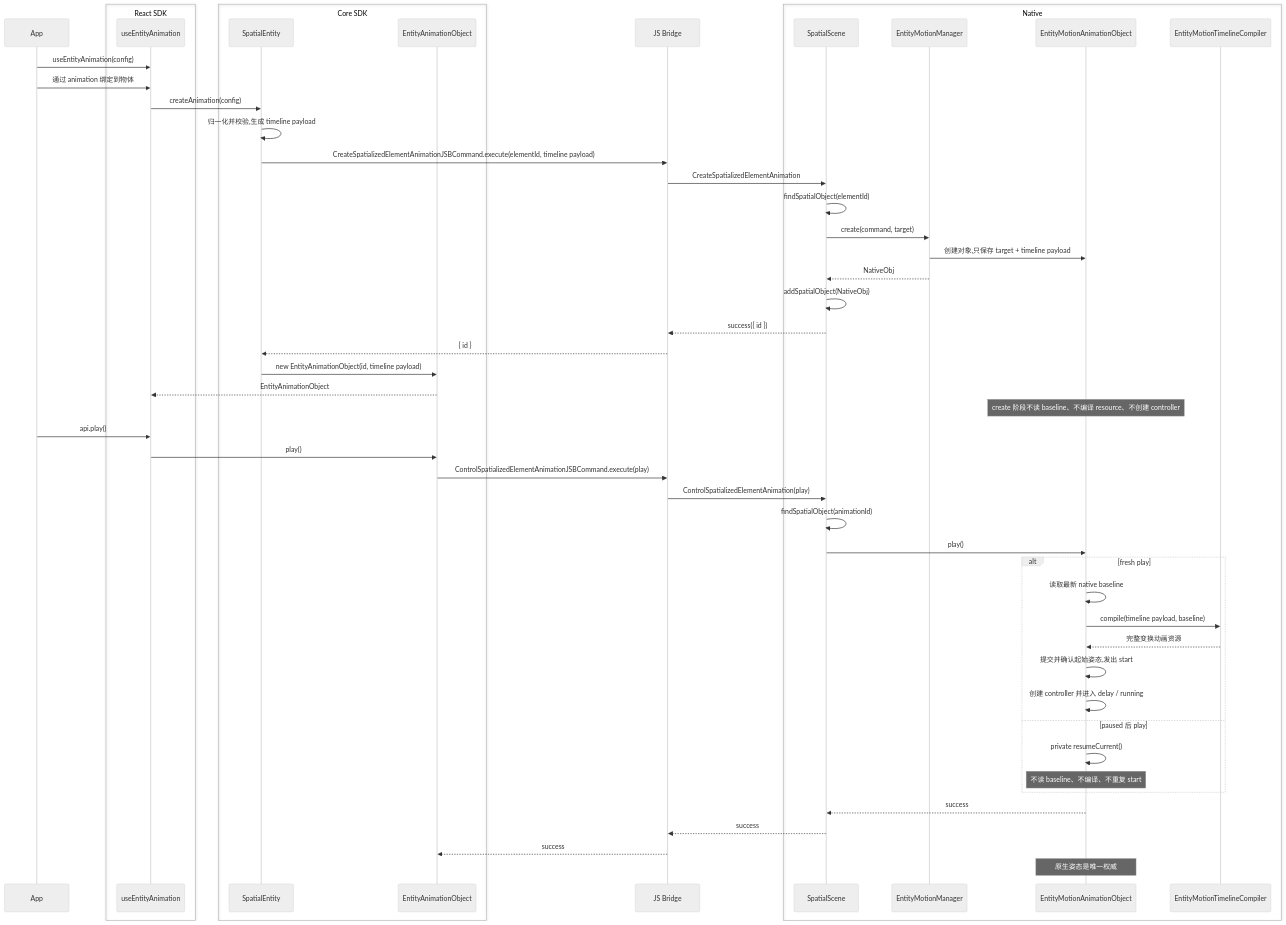
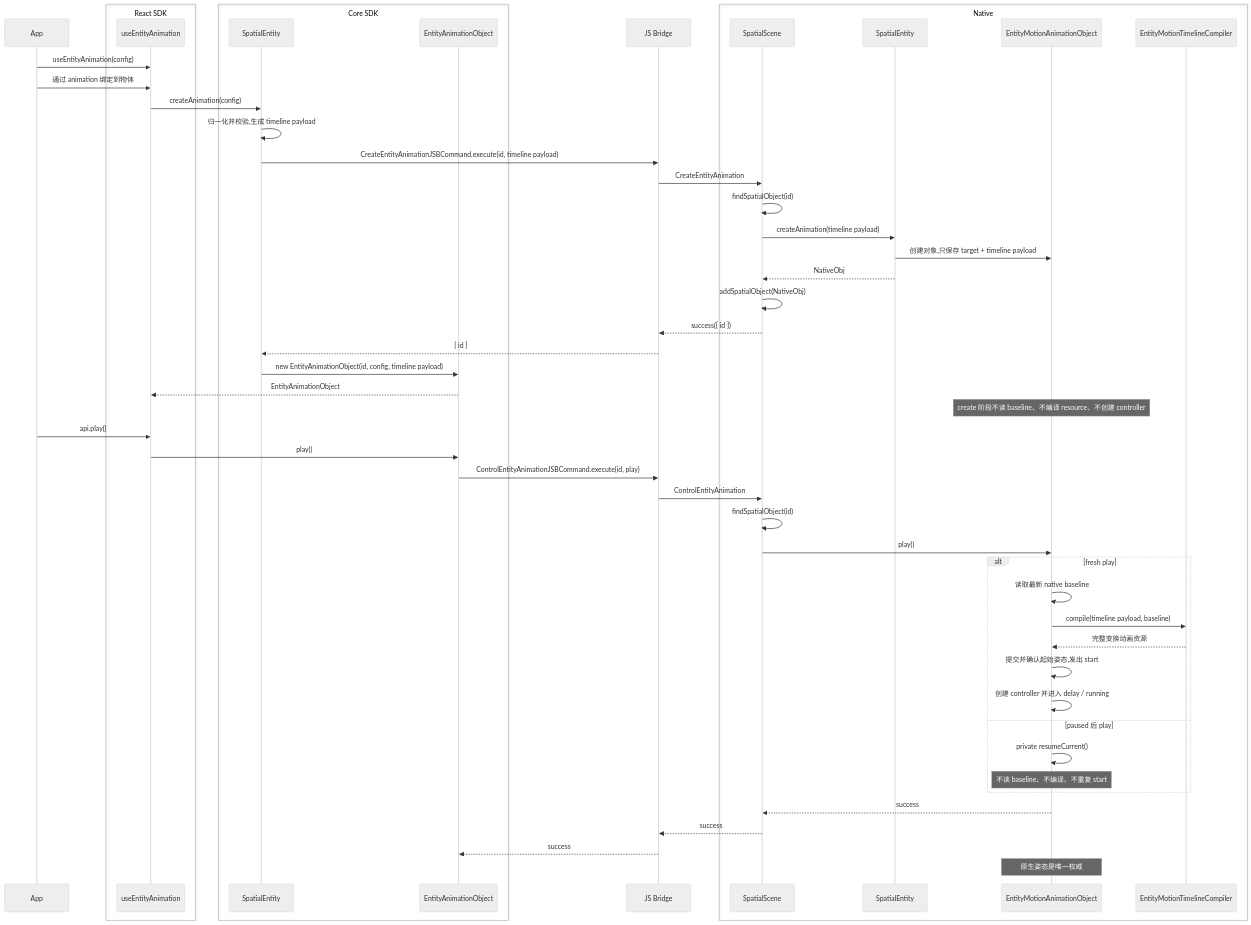
Before and after one commit to webspatial/webspatial-sdk: the third of 14 diagrams in openspec/changes/redesign-entity-motion-api/design.zh.md, drawn with Mermaid (neutral theme). The commit also changed other lines of this file and 7 other files, not shown here.

````diff
--- a/openspec/changes/redesign-entity-motion-api/design.zh.md
+++ b/openspec/changes/redesign-entity-motion-api/design.zh.md
@@ -295,55 +305,55 @@
 ```mermaid
 sequenceDiagram
     participant App
     box React SDK
         participant Hook as useEntityAnimation
     end
     box Core SDK
         participant Entity as SpatialEntity
         participant Obj as EntityAnimationObject
     end
     participant Bridge as JS Bridge
     box Native
         participant Scene as SpatialScene
-        participant Manager as EntityMotionManager
+        participant NativeEntity as SpatialEntity
         participant NativeObj as EntityMotionAnimationObject
         participant Compiler as EntityMotionTimelineCompiler
     end
 
     App->>Hook: useEntityAnimation(config)
     App->>Hook: 通过 animation 绑定到物体
     Hook->>Entity: createAnimation(config)
     Entity->>Entity: 归一化并校验,生成 timeline payload
-    Entity->>Bridge: CreateSpatializedElementAnimationJSBCommand.execute(elementId, timeline payload)
-    Bridge->>Scene: CreateSpatializedElementAnimation
-    Scene->>Scene: findSpatialObject(elementId)
-    Scene->>Manager: create(command, target)
-    Manager->>NativeObj: 创建对象,只保存 target + timeline payload
-    Manager-->>Scene: NativeObj
+    Entity->>Bridge: CreateEntityAnimationJSBCommand.execute(id, timeline payload)
+    Bridge->>Scene: CreateEntityAnimation
+    Scene->>Scene: findSpatialObject(id)
+    Scene->>NativeEntity: createAnimation(timeline payload)
+    NativeEntity->>NativeObj: 创建对象,只保存 target + timeline payload
+    NativeEntity-->>Scene: NativeObj
     Scene->>Scene: addSpatialObject(NativeObj)
     Scene-->>Bridge: success({ id })
     Bridge-->>Entity: { id }
-    Entity->>Obj: new EntityAnimationObject(id, timeline payload)
+    Entity->>Obj: new EntityAnimationObject(id, config, timeline payload)
     Obj-->>Hook: EntityAnimationObject
     Note over NativeObj: create 阶段不读 baseline、不编译 resource、不创建 controller
     App->>Hook: api.play()
     Hook->>Obj: play()
-    Obj->>Bridge: ControlSpatializedElementAnimationJSBCommand.execute(play)
-    Bridge->>Scene: ControlSpatializedElementAnimation(play)
-    Scene->>Scene: findSpatialObject(animationId)
+    Obj->>Bridge: ControlEntityAnimationJSBCommand.execute(id, play)
+    Bridge->>Scene: ControlEntityAnimation
+    Scene->>Scene: findSpatialObject(id)
     Scene->>NativeObj: play()
     alt fresh play
         NativeObj->>NativeObj: 读取最新 native baseline
         NativeObj->>Compiler: compile(timeline payload, baseline)
         Compiler-->>NativeObj: 完整变换动画资源
         NativeObj->>NativeObj: 提交并确认起始姿态,发出 start
         NativeObj->>NativeObj: 创建 controller 并进入 delay / running
     else paused 后 play
         NativeObj->>NativeObj: private resumeCurrent()
         Note over NativeObj: 不读 baseline、不编译、不重复 start
     end
     NativeObj-->>Scene: success
     Scene-->>Bridge: success
     Bridge-->>Obj: success
     Note over NativeObj: 原生姿态是唯一权威
 ```
````
